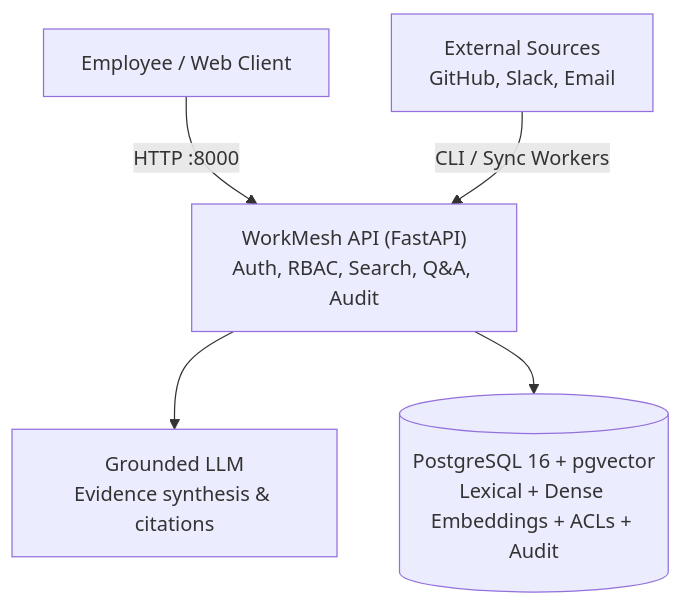
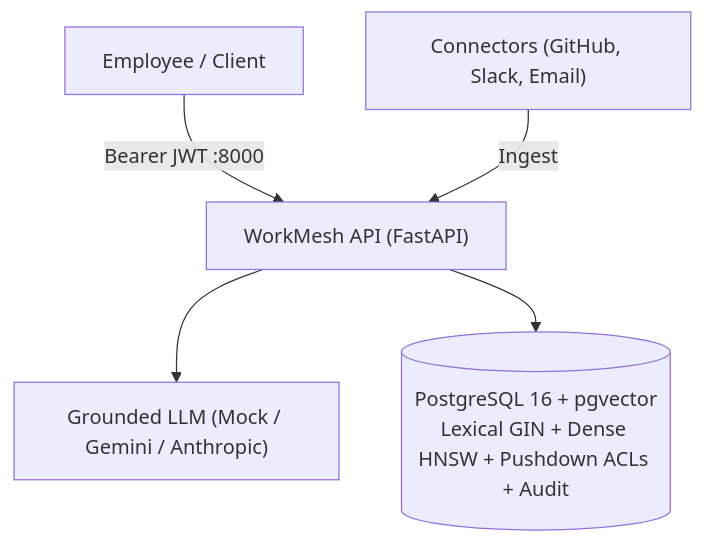
One commit to shivam22-source/WorkMesh changed the diagram in README.md. Above: the diagram before and after it, drawn with Mermaid. The commit also changed other lines of this file and 15 other files, not shown here.

````diff
--- a/README.md
+++ b/README.md
@@ -248,7 +25,7 @@
 ```mermaid
 flowchart TD
-    U["Employee / Web Client"] -->|"HTTP :8000"| A["WorkMesh API (FastAPI)<br/>Auth, RBAC, Search, Q&A, Audit"]
-    G["External Sources<br/>GitHub, Slack, Email"] -->|"CLI / Sync Workers"| A
-    A --> L["Grounded LLM<br/>Evidence synthesis & citations"]
-    A --> D[("PostgreSQL 16 + pgvector<br/>Lexical + Dense Embeddings + ACLs + Audit")]
+    U["Employee / Client"] -->|"Bearer JWT :8000"| A["WorkMesh API (FastAPI)"]
+    G["Connectors (GitHub, Slack, Email)"] -->|"Ingest"| A
+    A --> L["Grounded LLM (Mock / Gemini / Anthropic)"]
+    A --> D[("PostgreSQL 16 + pgvector<br/>Lexical GIN + Dense HNSW + Pushdown ACLs + Audit")]
 ```
````
